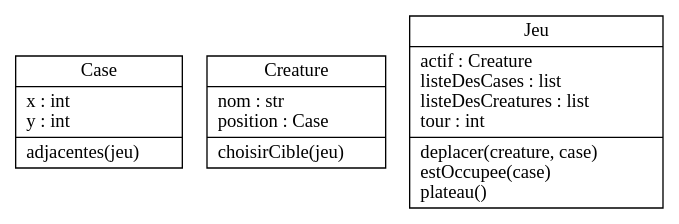
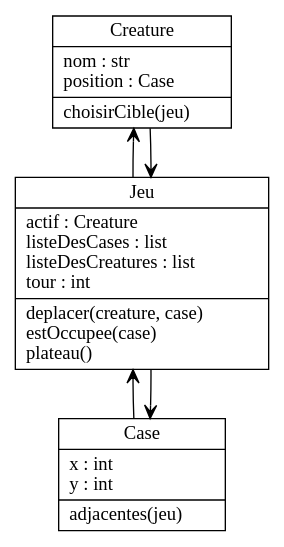
One commit to julienbosse/JeuDeCreatures changed the diagram in classes.dot. Above: the diagram before and after it, drawn with Graphviz. The commit also changed 1 other file, not shown here.

```diff
--- a/classes.dot
+++ b/classes.dot
@@ -1,7 +1,11 @@
 digraph "classes" {
 charset="utf-8"
 rankdir=BT
 "0" [label="{Case|x : int\ly : int\l|adjacentes(jeu)\l}", shape="record"]
 "1" [label="{Creature|nom : str\lposition : Case\l|choisirCible(jeu)\l}", shape="record"];
 "2" [label="{Jeu|actif : Creature\llisteDesCases : list\llisteDesCreatures : list\ltour : int\l|deplacer(creature, case)\lestOccupee(case)\lplateau()\l}", shape="record"];
+"0" -> "2" [arrowhead="open", arrowtail="none"];
+"1" -> "2" [arrowhead="open", arrowtail="none"];
+"2" -> "0" [arrowhead="open", arrowtail="none"];
+"2" -> "1" [arrowhead="open", arrowtail="none"];
 }
```
